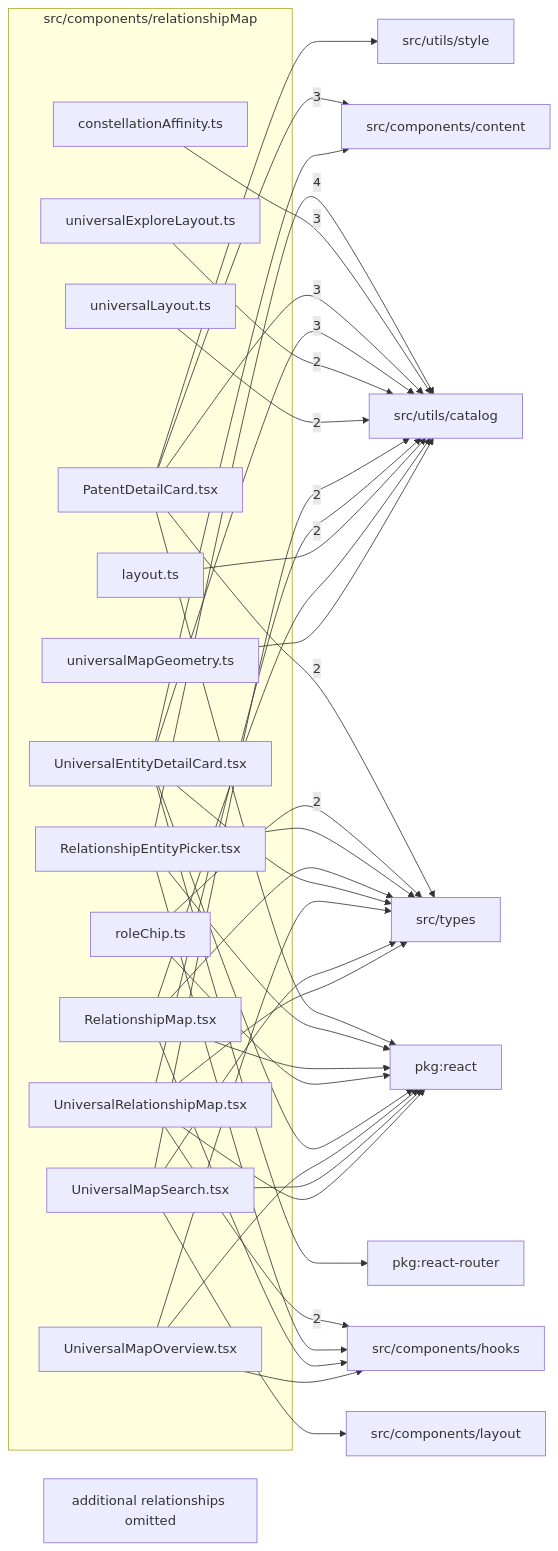
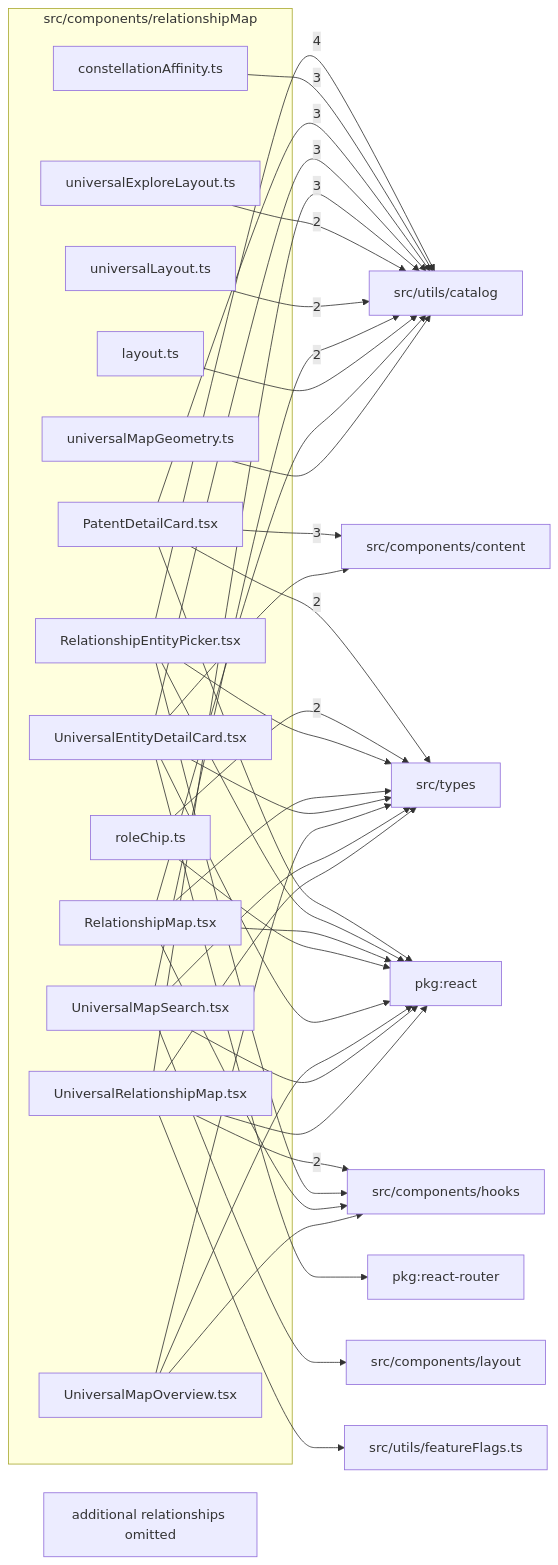
One commit to BeamFour/LensVisualizer changed the diagram in src/components/relationshipMap/readme.md. Above: the diagram before and after it, drawn with Mermaid. The commit also changed other lines of this file and 5 other files, not shown here.

````diff
--- a/src/components/relationshipMap/readme.md
+++ b/src/components/relationshipMap/readme.md
@@ -9,63 +9,63 @@
 ```mermaid
 flowchart LR
   subgraph n_src_components_relationshipMap["src/components/relationshipMap"]
     n_src_components_relationshipMap_src_components_relationshipMap_constellationAffinity_ts["constellationAffinity.ts"]
     n_src_components_relationshipMap_src_components_relationshipMap_layout_ts["layout.ts"]
     n_src_components_relationshipMap_src_components_relationshipMap_PatentDetailCard_tsx["PatentDetailCard.tsx"]
     n_src_components_relationshipMap_src_components_relationshipMap_RelationshipEntityPicker_tsx["RelationshipEntityPicker.tsx"]
     n_src_components_relationshipMap_src_components_relationshipMap_RelationshipMap_tsx["RelationshipMap.tsx"]
     n_src_components_relationshipMap_src_components_relationshipMap_roleChip_ts["roleChip.ts"]
     n_src_components_relationshipMap_src_components_relationshipMap_UniversalEntityDetailCard_tsx["UniversalEntityDetailCard.tsx"]
     n_src_components_relationshipMap_src_components_relationshipMap_universalExploreLayout_ts["universalExploreLayout.ts"]
     n_src_components_relationshipMap_src_components_relationshipMap_universalLayout_ts["universalLayout.ts"]
     n_src_components_relationshipMap_src_components_relationshipMap_universalMapGeometry_ts["universalMapGeometry.ts"]
     n_src_components_relationshipMap_src_components_relationshipMap_UniversalMapOverview_tsx["UniversalMapOverview.tsx"]
     n_src_components_relationshipMap_src_components_relationshipMap_UniversalMapSearch_tsx["UniversalMapSearch.tsx"]
     n_src_components_relationshipMap_src_components_relationshipMap_UniversalRelationshipMap_tsx["UniversalRelationshipMap.tsx"]
   end
   n_external_src_utils_catalog["src/utils/catalog"]
   n_external_src_components_content["src/components/content"]
   n_external_src_components_hooks["src/components/hooks"]
   n_external_src_types["src/types"]
   n_external_pkg_react["pkg:react"]
   n_external_pkg_react_router["pkg:react-router"]
   n_external_src_components_layout["src/components/layout"]
-  n_external_src_utils_style["src/utils/style"]
+  n_external_src_utils_featureFlags_ts["src/utils/featureFlags.ts"]
   n_src_components_relationshipMap_src_components_relationshipMap_RelationshipEntityPicker_tsx --> |4| n_external_src_utils_catalog
   n_src_components_relationshipMap_src_components_relationshipMap_PatentDetailCard_tsx --> |3| n_external_src_components_content
   n_src_components_relationshipMap_src_components_relationshipMap_constellationAffinity_ts --> |3| n_external_src_utils_catalog
   n_src_components_relationshipMap_src_components_relationshipMap_PatentDetailCard_tsx --> |3| n_external_src_utils_catalog
   n_src_components_relationshipMap_src_components_relationshipMap_UniversalEntityDetailCard_tsx --> |3| n_external_src_utils_catalog
+  n_src_components_relationshipMap_src_components_relationshipMap_UniversalRelationshipMap_tsx --> |3| n_external_src_utils_catalog
   n_src_components_relationshipMap_src_components_relationshipMap_UniversalRelationshipMap_tsx --> |2| n_external_src_components_hooks
   n_src_components_relationshipMap_src_components_relationshipMap_PatentDetailCard_tsx --> |2| n_external_src_types
   n_src_components_relationshipMap_src_components_relationshipMap_roleChip_ts --> |2| n_external_src_types
   n_src_components_relationshipMap_src_components_relationshipMap_universalExploreLayout_ts --> |2| n_external_src_utils_catalog
   n_src_components_relationshipMap_src_components_relationshipMap_universalLayout_ts --> |2| n_external_src_utils_catalog
   n_src_components_relationshipMap_src_components_relationshipMap_UniversalMapSearch_tsx --> |2| n_external_src_utils_catalog
-  n_src_components_relationshipMap_src_components_relationshipMap_UniversalRelationshipMap_tsx --> |2| n_external_src_utils_catalog
   n_src_components_relationshipMap_src_components_relationshipMap_PatentDetailCard_tsx --> n_external_pkg_react
   n_src_components_relationshipMap_src_components_relationshipMap_RelationshipEntityPicker_tsx --> n_external_pkg_react
   n_src_components_relationshipMap_src_components_relationshipMap_RelationshipMap_tsx --> n_external_pkg_react
   n_src_components_relationshipMap_src_components_relationshipMap_roleChip_ts --> n_external_pkg_react
   n_src_components_relationshipMap_src_components_relationshipMap_UniversalEntityDetailCard_tsx --> n_external_pkg_react
   n_src_components_relationshipMap_src_components_relationshipMap_UniversalMapOverview_tsx --> n_external_pkg_react
   n_src_components_relationshipMap_src_components_relationshipMap_UniversalMapSearch_tsx --> n_external_pkg_react
   n_src_components_relationshipMap_src_components_relationshipMap_UniversalRelationshipMap_tsx --> n_external_pkg_react
   n_src_components_relationshipMap_src_components_relationshipMap_UniversalEntityDetailCard_tsx --> n_external_pkg_react_router
   n_src_components_relationshipMap_src_components_relationshipMap_UniversalEntityDetailCard_tsx --> n_external_src_components_content
   n_src_components_relationshipMap_src_components_relationshipMap_RelationshipEntityPicker_tsx --> n_external_src_components_hooks
   n_src_components_relationshipMap_src_components_relationshipMap_RelationshipMap_tsx --> n_external_src_components_hooks
   n_src_components_relationshipMap_src_components_relationshipMap_UniversalMapOverview_tsx --> n_external_src_components_hooks
   n_src_components_relationshipMap_src_components_relationshipMap_UniversalMapSearch_tsx --> n_external_src_components_layout
   n_src_components_relationshipMap_src_components_relationshipMap_RelationshipEntityPicker_tsx --> n_external_src_types
   n_src_components_relationshipMap_src_components_relationshipMap_RelationshipMap_tsx --> n_external_src_types
   n_src_components_relationshipMap_src_components_relationshipMap_UniversalEntityDetailCard_tsx --> n_external_src_types
   n_src_components_relationshipMap_src_components_relationshipMap_UniversalMapOverview_tsx --> n_external_src_types
   n_src_components_relationshipMap_src_components_relationshipMap_UniversalMapSearch_tsx --> n_external_src_types
   n_src_components_relationshipMap_src_components_relationshipMap_UniversalRelationshipMap_tsx --> n_external_src_types
   n_src_components_relationshipMap_src_components_relationshipMap_layout_ts --> n_external_src_utils_catalog
   n_src_components_relationshipMap_src_components_relationshipMap_RelationshipMap_tsx --> n_external_src_utils_catalog
   n_src_components_relationshipMap_src_components_relationshipMap_universalMapGeometry_ts --> n_external_src_utils_catalog
-  n_src_components_relationshipMap_src_components_relationshipMap_PatentDetailCard_tsx --> n_external_src_utils_style
+  n_src_components_relationshipMap_src_components_relationshipMap_UniversalRelationshipMap_tsx --> n_external_src_utils_featureFlags_ts
   n_src_components_relationshipMap_truncated["additional relationships omitted"]
 ```
````
